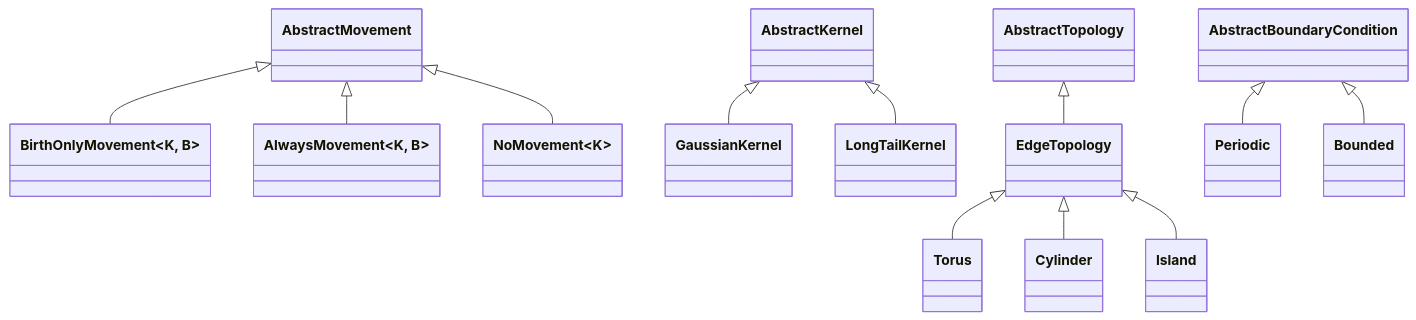
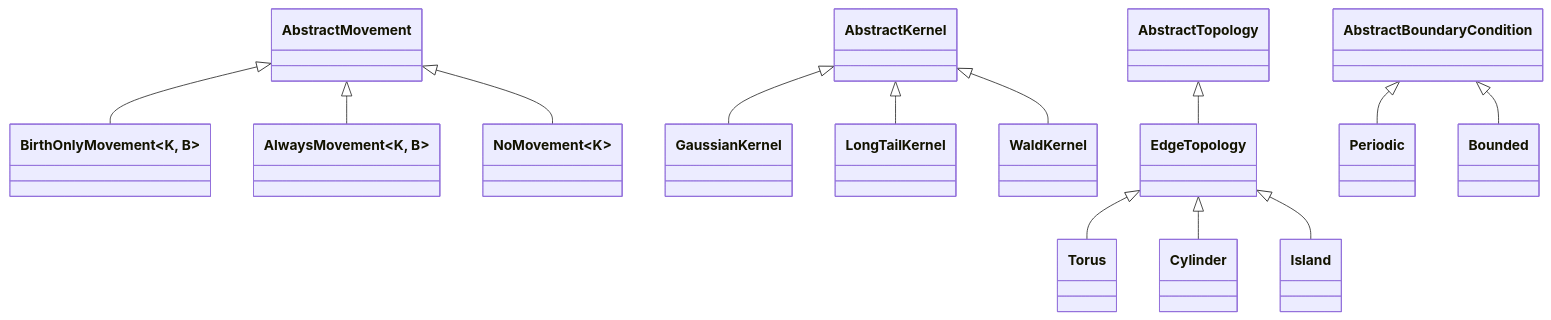
Before and after one commit to EcoJulia/EcoSISTEM.jl: diagram 16 of 24 in data/architecture.md, drawn with Mermaid. The commit also changed 6 other files, not shown here.

Commit message:
Added `WaldKernel(; meandist, scale)`, a dispersal kernel whose distance travelled follows the inverse Gaussian distribution, Katul et al.'s WALD kernel for seeds dispersed by wind

````diff
--- a/data/architecture.md
+++ b/data/architecture.md
@@ -913,17 +913,18 @@
 ```mermaid
 classDiagram
     class BirthOnlyMovement~K, B~
     class AlwaysMovement~K, B~
     class NoMovement~K~
     AbstractMovement  <|-- BirthOnlyMovement
     AbstractMovement  <|-- AlwaysMovement
     AbstractMovement  <|-- NoMovement
     AbstractKernel    <|-- GaussianKernel
     AbstractKernel    <|-- LongTailKernel
+    AbstractKernel    <|-- WaldKernel
     AbstractTopology <|-- EdgeTopology
     EdgeTopology <|-- Torus
     EdgeTopology <|-- Cylinder
     EdgeTopology <|-- Island
     AbstractBoundaryCondition <|-- Periodic
     AbstractBoundaryCondition <|-- Bounded
 ```
````
